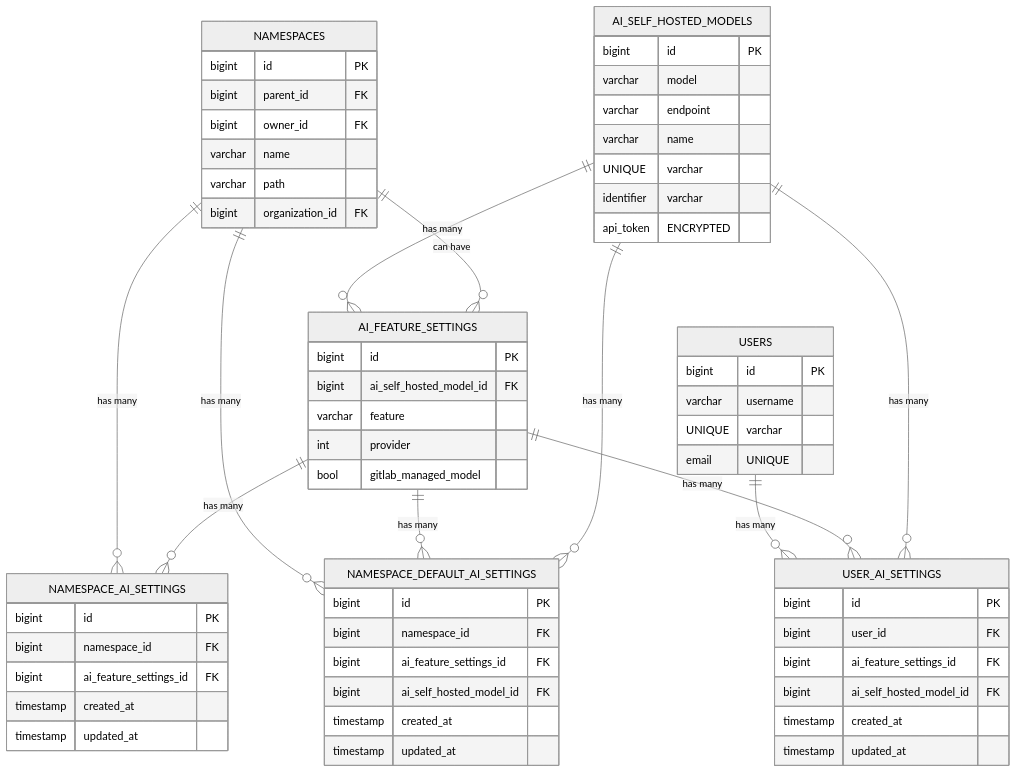
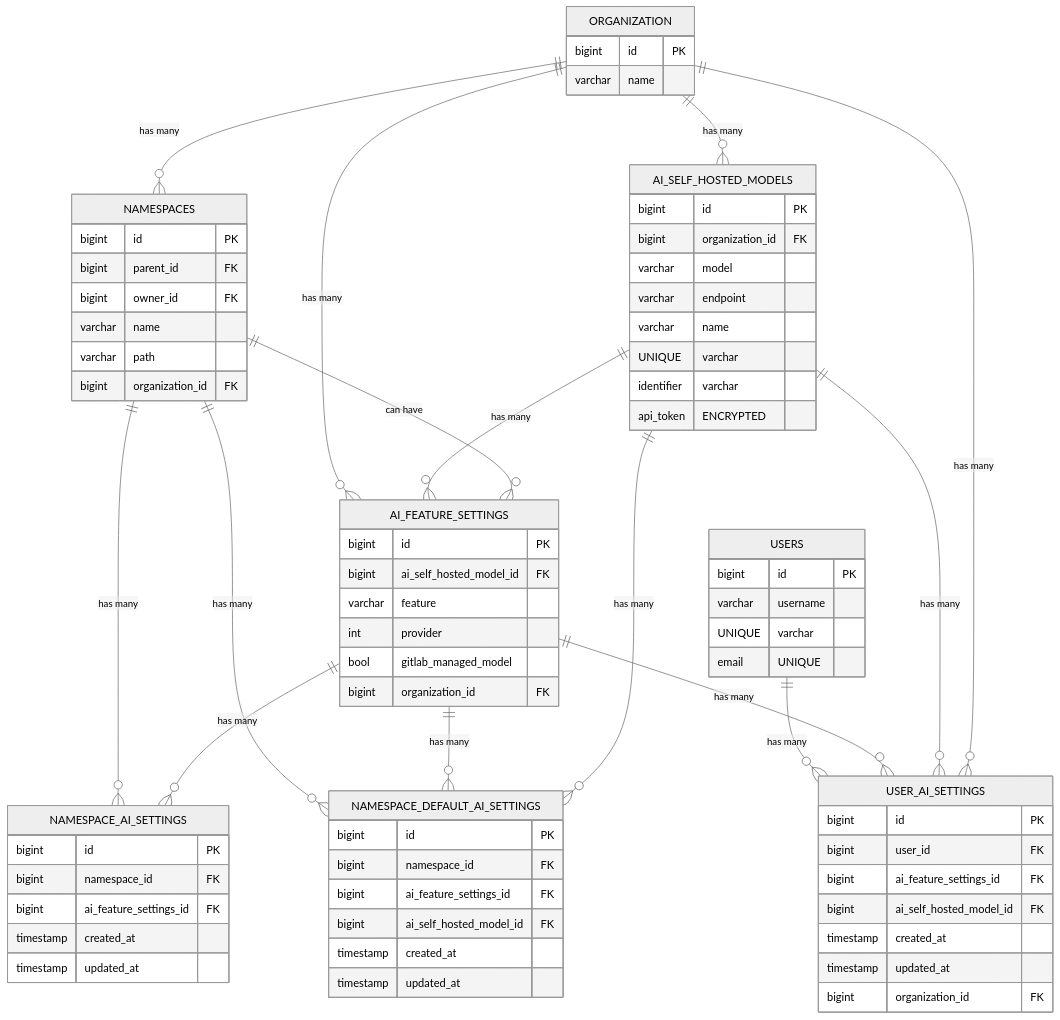
One commit to zalyoung/gitlab-handbook changed the first of 3 diagrams in content/handbook/engineering/architecture/design-documents/ai_model_selection/_index.md. Above: the diagram before and after it, drawn with Mermaid (neutral theme). The commit also changed other lines of this file, not shown here.

Commit message:
Updated entity relationship diagram with cells

````diff
--- a/content/handbook/engineering/architecture/design-documents/ai_model_selection/_index.md
+++ b/content/handbook/engineering/architecture/design-documents/ai_model_selection/_index.md
@@ -65,22 +65,32 @@
 ```mermaid
 erDiagram
+    ORGANIZATION {
+        bigint id PK
+        varchar name
+    }
+
     AI_FEATURE_SETTINGS {
         bigint id PK
         bigint ai_self_hosted_model_id FK
         varchar feature
         int provider
         bool gitlab_managed_model
+        bigint organization_id FK
     }
     
     AI_SELF_HOSTED_MODELS {
         bigint id PK
+        bigint organization_id FK
         varchar model
         varchar endpoint
         varchar name UNIQUE
         varchar identifier
         varchar api_token ENCRYPTED
     }
-    
+
+    ORGANIZATION ||--o{ AI_SELF_HOSTED_MODELS : "has many"
+    ORGANIZATION ||--o{ AI_FEATURE_SETTINGS : "has many"
+
     AI_SELF_HOSTED_MODELS ||--o{ AI_FEATURE_SETTINGS : "has many"
 
     NAMESPACES {
@@ -91,7 +101,9 @@
         varchar path
         bigint organization_id FK
     }
-    
+
+    ORGANIZATION ||--o{ NAMESPACES : "has many"
+
     NAMESPACES ||--o{ AI_FEATURE_SETTINGS : "can have"
 
     NAMESPACE_AI_SETTINGS {
@@ -113,7 +125,7 @@
         timestamp created_at
         timestamp updated_at
     }
-    
+
     NAMESPACES ||--o{ NAMESPACE_DEFAULT_AI_SETTINGS : "has many"
     AI_FEATURE_SETTINGS ||--o{ NAMESPACE_DEFAULT_AI_SETTINGS : "has many"
     AI_SELF_HOSTED_MODELS ||--o{ NAMESPACE_DEFAULT_AI_SETTINGS : "has many"
@@ -131,9 +143,11 @@
         bigint ai_self_hosted_model_id FK
         timestamp created_at
         timestamp updated_at
+        bigint organization_id FK
     }
-    
+
     USERS ||--o{ USER_AI_SETTINGS : "has many"
     AI_FEATURE_SETTINGS ||--o{ USER_AI_SETTINGS : "has many"
     AI_SELF_HOSTED_MODELS ||--o{ USER_AI_SETTINGS : "has many"
+    ORGANIZATION ||--o{ USER_AI_SETTINGS : "has many"
 ```
````
